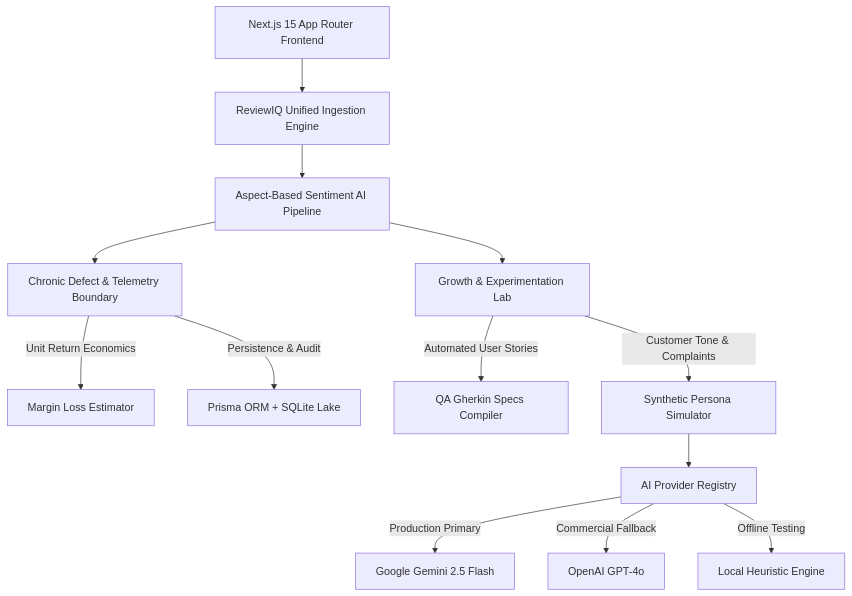
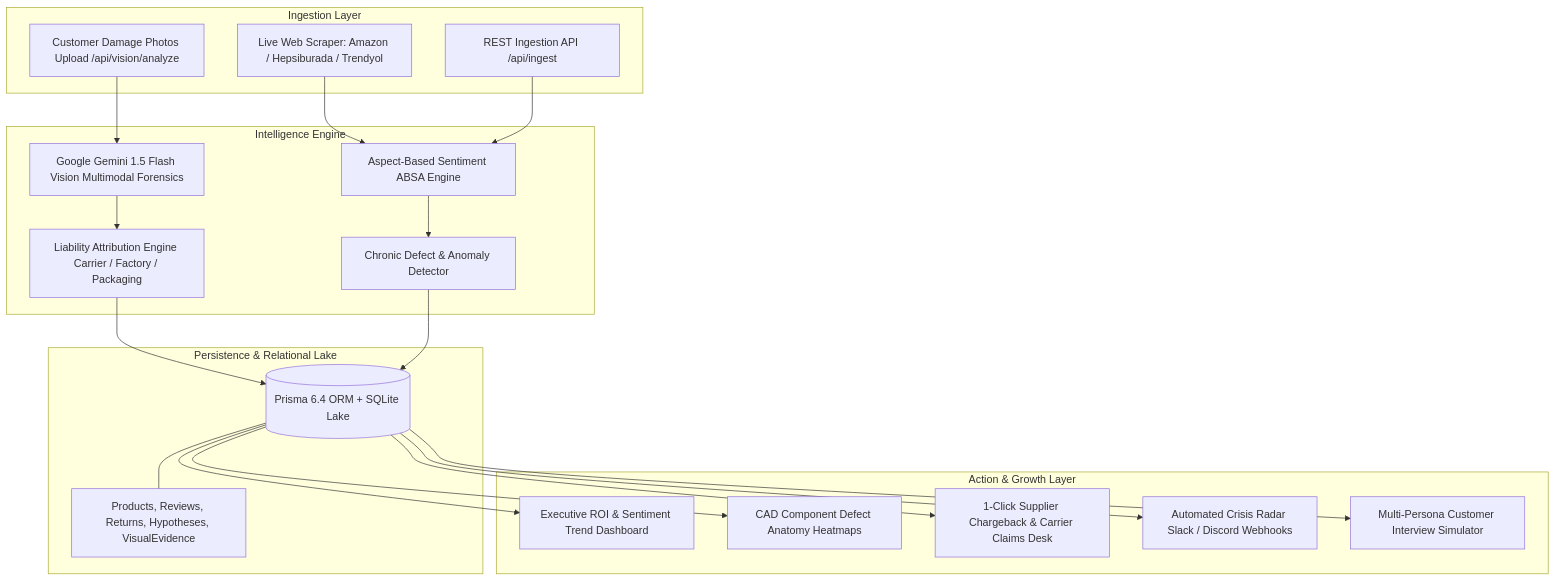
One commit to Tngc93/Omni-Channel-E-Commerce-Growth-Review-Intelligence-Engine. changed the diagram in README.md. Above: the diagram before and after it, drawn with Mermaid. The commit also changed other lines of this file, not shown here.

Commit message:
docs: update README with Multimodal Vision AI, real marketplace catalog, security audit, and 100% test coverage

````diff
--- a/README.md
+++ b/README.md
@@ -53,23 +57,41 @@
 ```mermaid
 flowchart TD
-    A[Next.js 15 App Router Frontend]
-    
-    A --> B[ReviewIQ Unified Ingestion Engine]
-    
-    B --> C[Aspect-Based Sentiment AI Pipeline]
-    
-    C --> D[Chronic Defect & Telemetry Boundary]
-    C --> E[Growth & Experimentation Lab]
-    
-    D -->|Unit Return Economics| F[Margin Loss Estimator]
-    D -->|Persistence & Audit| G[Prisma ORM + SQLite Lake]
-    
-    E -->|Automated User Stories| H[QA Gherkin Specs Compiler]
-    E -->|Customer Tone & Complaints| I[Synthetic Persona Simulator]
-    
-    I --> J[AI Provider Registry]
-    
-    J -->|Production Primary| K[Google Gemini 2.5 Flash]
-    J -->|Commercial Fallback| L[OpenAI GPT-4o]
-    J -->|Offline Testing| M[Local Heuristic Engine]
+    subgraph Ingestion Layer
+        A1[Live Web Scraper: Amazon / Hepsiburada / Trendyol]
+        A2[REST Ingestion API /api/ingest]
+        A3[Customer Damage Photos Upload /api/vision/analyze]
+    end
+
+    subgraph Intelligence Engine
+        B1[Google Gemini 1.5 Flash Vision Multimodal Forensics]
+        B2[Aspect-Based Sentiment ABSA Engine]
+        B3[Chronic Defect & Anomaly Detector]
+        B4[Liability Attribution Engine Carrier / Factory / Packaging]
+    end
+
+    subgraph Persistence & Relational Lake
+        C1[(Prisma 6.4 ORM + SQLite Lake)]
+        C1 --- C2[Products, Reviews, Returns, Hypotheses, VisualEvidence]
+    end
+
+    subgraph Action & Growth Layer
+        D1[Executive ROI & Sentiment Trend Dashboard]
+        D2[CAD Component Defect Anatomy Heatmaps]
+        D3[1-Click Supplier Chargeback & Carrier Claims Desk]
+        D4[Automated Crisis Radar Slack / Discord Webhooks]
+        D5[Multi-Persona Customer Interview Simulator]
+    end
+
+    A1 --> B2
+    A2 --> B2
+    A3 --> B1
+    B1 --> B4
+    B2 --> B3
+    B4 --> C1
+    B3 --> C1
+    C1 --> D1
+    C1 --> D2
+    C1 --> D3
+    C1 --> D4
+    C1 --> D5
 ```
````
